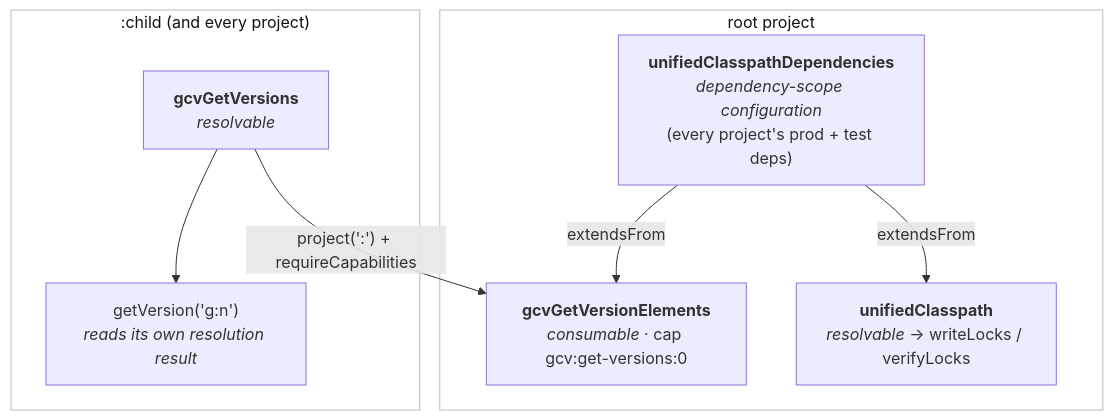
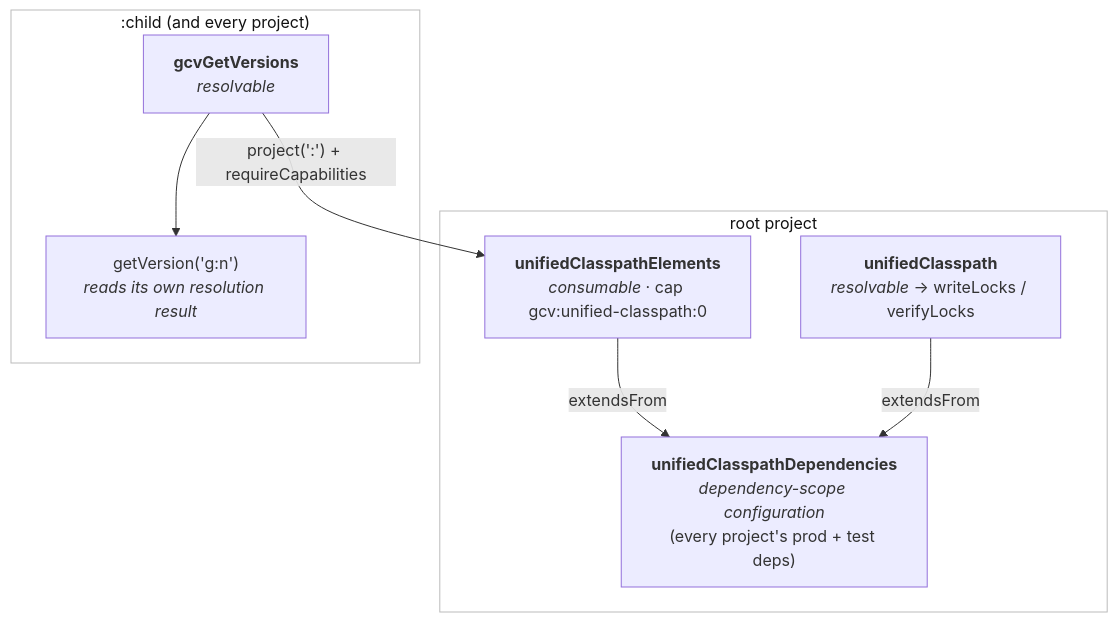
Before and after one commit to palantir/gradle-consistent-versions: the diagram in docs/adr/0001-getversion-per-project-resolution.md, drawn with Mermaid. The commit also changed other lines of this file, not shown here.

Commit message:
call it unifiedClasspathElements and fix VersionsLockPlugin line

````diff
--- a/docs/adr/0001-getversion-per-project-resolution.md
+++ b/docs/adr/0001-getversion-per-project-resolution.md
@@ -44,19 +43,19 @@
 ```mermaid
 flowchart TD
     subgraph root["root project"]
         deps["<b>unifiedClasspathDependencies</b><br/><i>dependency-scope configuration</i><br/>(every project's prod + test deps)"]
-        elements["<b>gcvGetVersionElements</b><br/><i>consumable</i> · cap gcv:get-versions:0"]
+        elements["<b>unifiedClasspathElements</b><br/><i>consumable</i> · cap gcv:unified-classpath:0"]
         unified["<b>unifiedClasspath</b><br/><i>resolvable</i> → writeLocks / verifyLocks"]
-        deps -->|extendsFrom| elements
-        deps -->|extendsFrom| unified
+        elements -->|extendsFrom| deps
+        unified -->|extendsFrom| deps
     end
     subgraph child[":child (and every project)"]
         getv["<b>gcvGetVersions</b><br/><i>resolvable</i>"]
         gv["getVersion('g:n')<br/><i>reads its own resolution result</i>"]
         getv --> gv
     end
     getv -->|"project(':') + requireCapabilities"| elements
 
     style root fill:none,stroke:#bbb,color:#111
     style child fill:none,stroke:#bbb,color:#111
 ```
````
